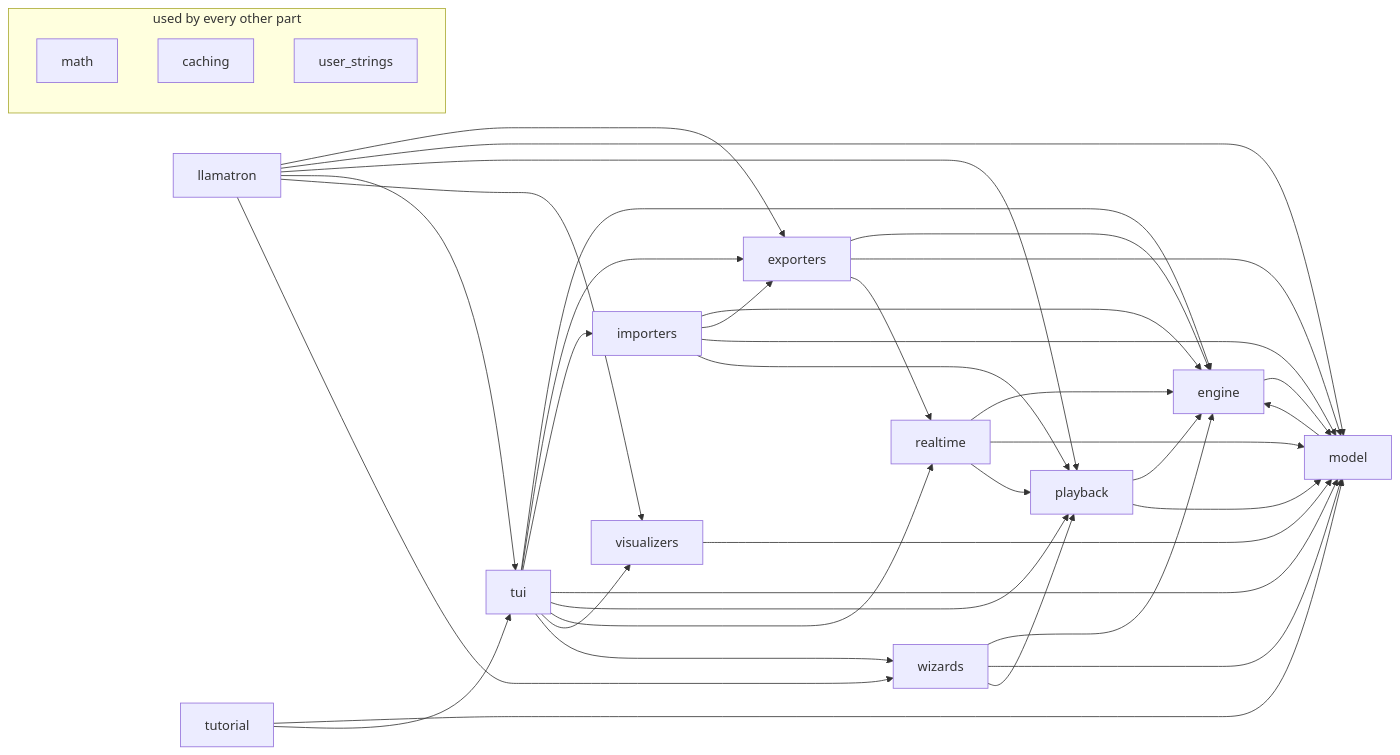
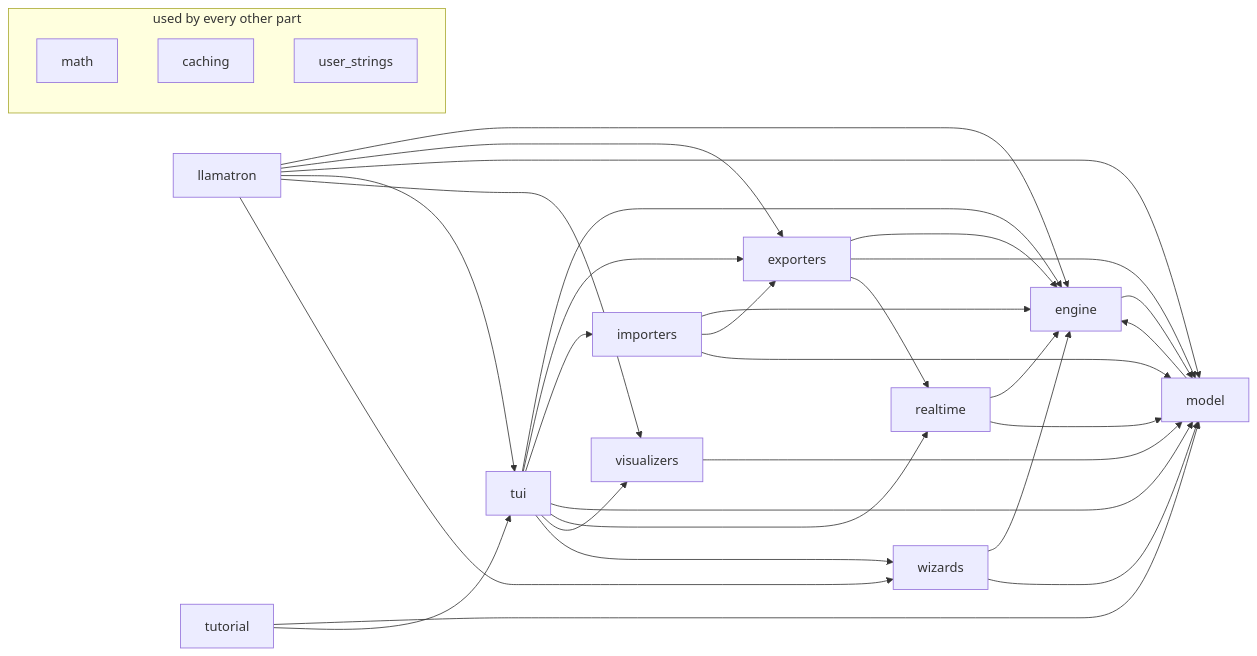
One commit to mpdehaan/llamatron changed the second of 2 diagrams in docs/ARCHITECTURE.md. Above: the diagram before and after it, drawn with Mermaid. The commit also changed other lines of this file and 111 other files, not shown here.

Commit message:
The Realizer is the Engine's: what was the playback package is engine/realizer, SongRenderer is SongRealizer, and the notes call it the Realizer; outside the Engine it is reached only through the song's realizer.

````diff
--- a/docs/ARCHITECTURE.md
+++ b/docs/ARCHITECTURE.md
@@ -126,53 +126,46 @@
 ```mermaid
 flowchart LR
     tui["tui"]
     llamatron["llamatron"]
     model["model"]
-    playback["playback"]
     engine["engine"]
     exporters["exporters"]
     importers["importers"]
     realtime["realtime"]
     tutorial["tutorial"]
     visualizers["visualizers"]
     wizards["wizards"]
     subgraph everywhere ["used by every other part"]
     math["math"]
     caching["caching"]
     user_strings["user_strings"]
     end
     engine --> model
     exporters --> engine
     exporters --> model
     exporters --> realtime
     importers --> engine
     importers --> exporters
     importers --> model
-    importers --> playback
+    llamatron --> engine
     llamatron --> exporters
     llamatron --> model
-    llamatron --> playback
     llamatron --> tui
     llamatron --> visualizers
     llamatron --> wizards
     model --> engine
-    playback --> engine
-    playback --> model
     realtime --> engine
     realtime --> model
-    realtime --> playback
     tui --> engine
     tui --> exporters
     tui --> importers
     tui --> model
-    tui --> playback
     tui --> realtime
     tui --> visualizers
     tui --> wizards
     tutorial --> model
     tutorial --> tui
     visualizers --> model
     wizards --> engine
     wizards --> model
-    wizards --> playback
 ```
````
